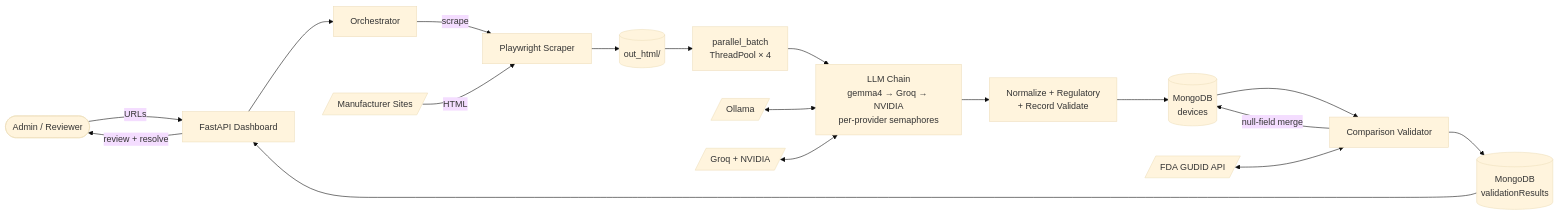
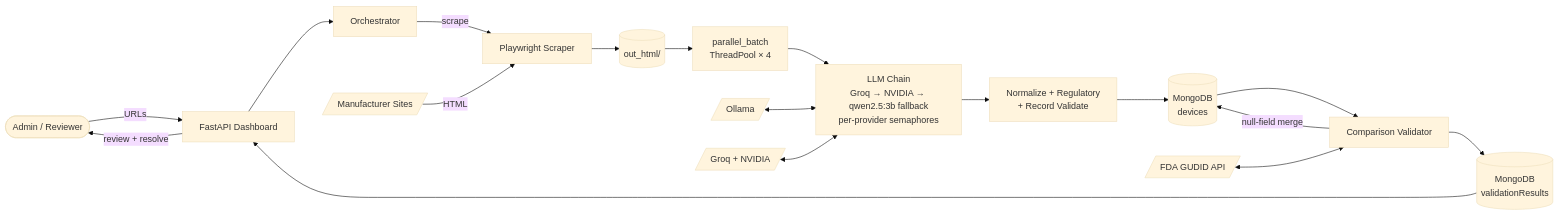
The diagram in README.md (JasonSonith/Fivos_Senior_Project), drawn with Mermaid (base theme) before and after one commit. The commit also changed other lines of this file, not shown here.

````diff
--- a/README.md
+++ b/README.md
@@ -25,24 +25,24 @@
 ```mermaid
 flowchart LR
     USER([Admin / Reviewer]) -->|URLs| WEB[FastAPI Dashboard]
     WEB --> ORCH[Orchestrator]
 
     ORCH -->|scrape| PW[Playwright Scraper]
     MFG[/Manufacturer Sites/] -->|HTML| PW
     PW --> HTML[(out_html/)]
 
     HTML --> PARALLEL[parallel_batch<br/>ThreadPool × 4]
-    PARALLEL --> LLM[LLM Chain<br/>gemma4 → Groq → NVIDIA<br/>per-provider semaphores]
+    PARALLEL --> LLM[LLM Chain<br/>Groq → NVIDIA → qwen2.5:3b fallback<br/>per-provider semaphores]
     OLLAMA[/Ollama/] <--> LLM
     CLOUD[/Groq + NVIDIA/] <--> LLM
     LLM --> NORM[Normalize + Regulatory<br/>+ Record Validate]
     NORM --> DEVICES[(MongoDB<br/>devices)]
 
     DEVICES --> COMP[Comparison Validator]
     GUDID[/FDA GUDID API/] <--> COMP
     COMP --> VR[(MongoDB<br/>validationResults)]
     COMP -->|null-field merge| DEVICES
 
     VR --> WEB
     WEB -->|review + resolve| USER
 ```
````
